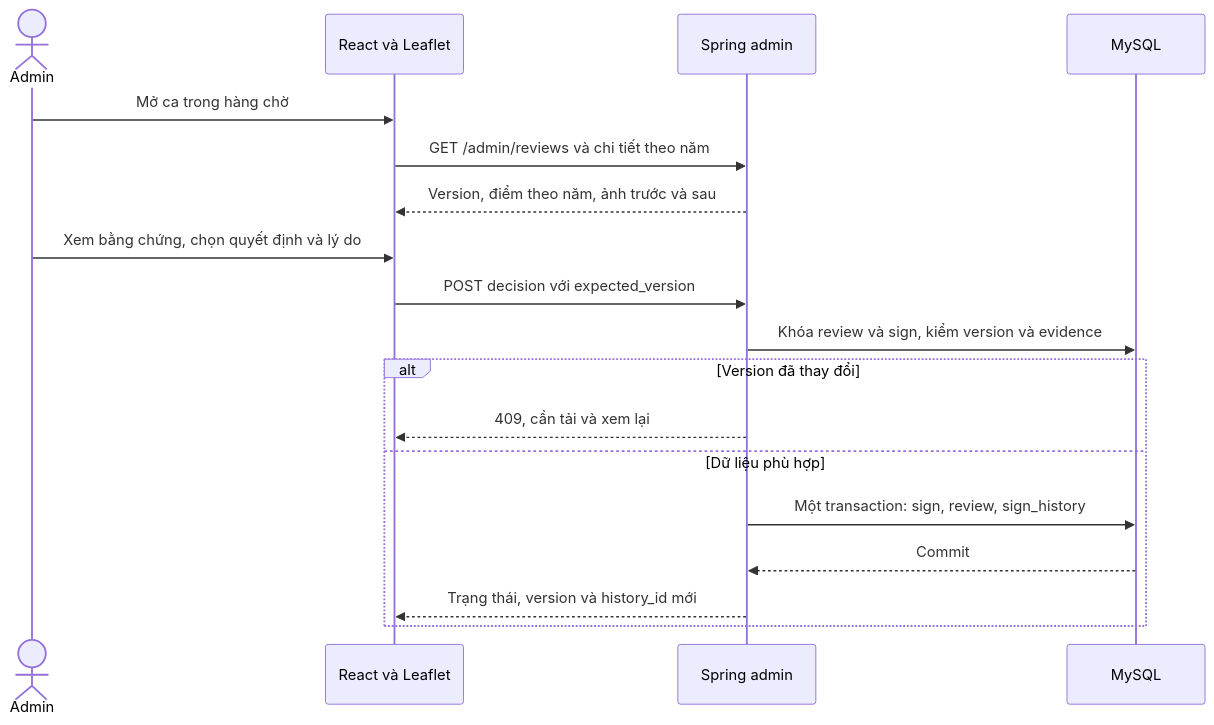
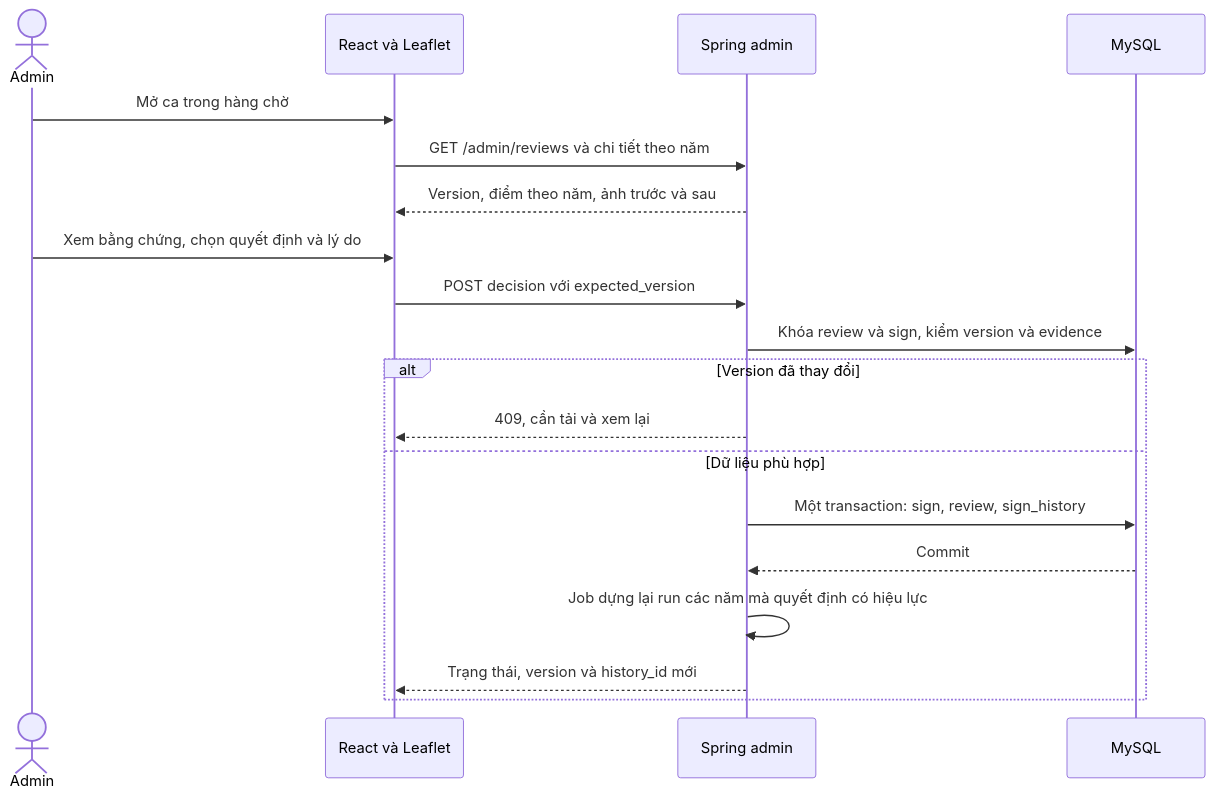
The fourth of 6 diagrams in docs/architecture.md (hana200804/livesign), drawn with Mermaid before and after one commit. The commit also changed other lines of this file and 4 other files, not shown here.

````diff
--- a/docs/architecture.md
+++ b/docs/architecture.md
@@ -155,20 +157,21 @@
 ```mermaid
 sequenceDiagram
   actor Reviewer as Admin
   participant Web as React và Leaflet
   participant API as Spring admin
   participant DB as MySQL
   Reviewer->>Web: Mở ca trong hàng chờ
   Web->>API: GET /admin/reviews và chi tiết theo năm
   API-->>Web: Version, điểm theo năm, ảnh trước và sau
   Reviewer->>Web: Xem bằng chứng, chọn quyết định và lý do
   Web->>API: POST decision với expected_version
   API->>DB: Khóa review và sign, kiểm version và evidence
   alt Version đã thay đổi
     API-->>Web: 409, cần tải và xem lại
   else Dữ liệu phù hợp
     API->>DB: Một transaction: sign, review, sign_history
     DB-->>API: Commit
+    API->>API: Job dựng lại run các năm mà quyết định có hiệu lực
     API-->>Web: Trạng thái, version và history_id mới
   end
 ```
````
